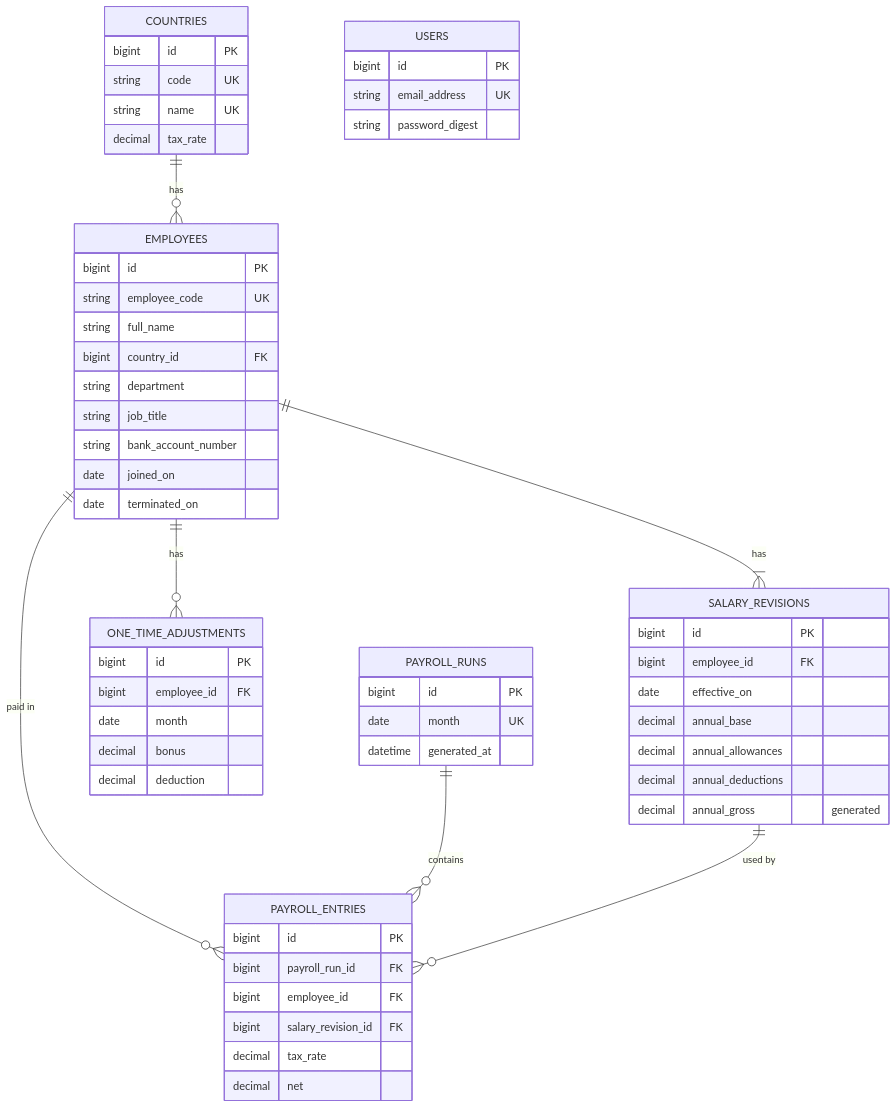
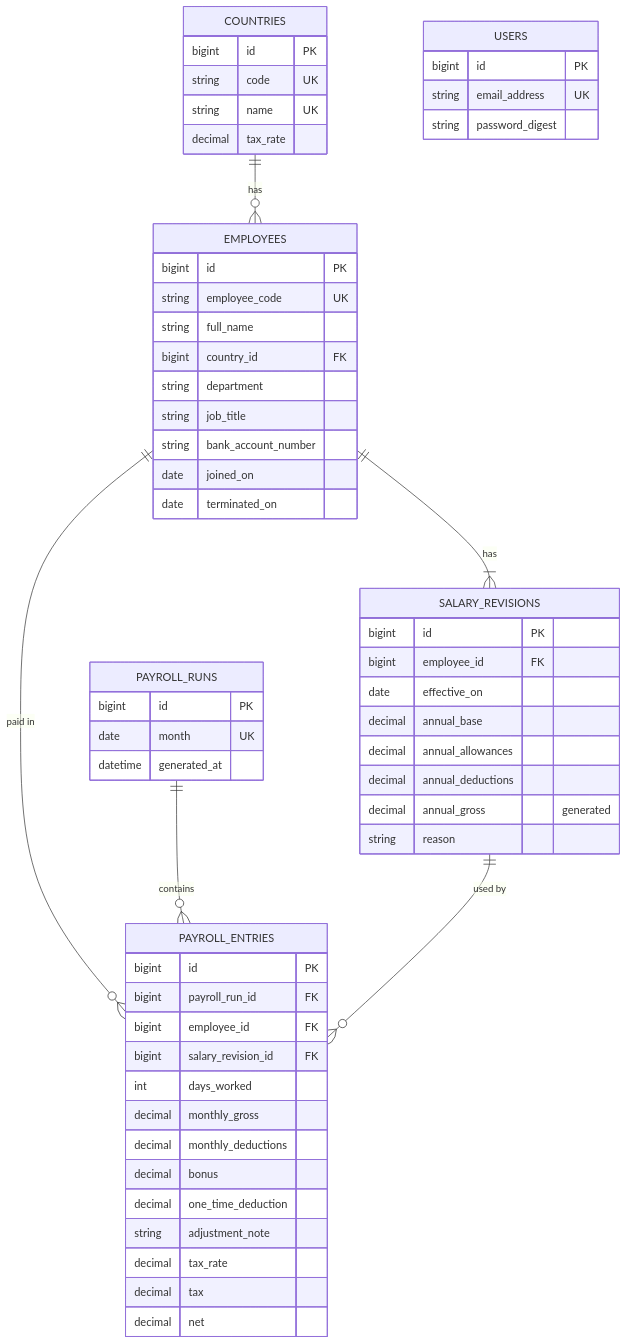
Before and after one commit to mitkush/salary-management: the second of 2 diagrams in docs/architecture.md, drawn with Mermaid. The commit also changed other lines of this file, not shown here.

Commit message:
docs: update architecture for payroll entries and revision reason

````diff
--- a/docs/architecture.md
+++ b/docs/architecture.md
@@ -25,61 +25,61 @@
 ```mermaid
 erDiagram
   COUNTRIES ||--o{ EMPLOYEES : "has"
   EMPLOYEES ||--|{ SALARY_REVISIONS : "has"
-  EMPLOYEES ||--o{ ONE_TIME_ADJUSTMENTS : "has"
   EMPLOYEES ||--o{ PAYROLL_ENTRIES : "paid in"
   PAYROLL_RUNS ||--o{ PAYROLL_ENTRIES : "contains"
   SALARY_REVISIONS ||--o{ PAYROLL_ENTRIES : "used by"
 
   USERS {
     bigint id PK
     string email_address UK
     string password_digest
   }
   COUNTRIES {
     bigint id PK
     string code UK
     string name UK
     decimal tax_rate
   }
   EMPLOYEES {
     bigint id PK
     string employee_code UK
     string full_name
     bigint country_id FK
     string department
     string job_title
     string bank_account_number
     date joined_on
     date terminated_on
   }
   SALARY_REVISIONS {
     bigint id PK
     bigint employee_id FK
     date effective_on
     decimal annual_base
     decimal annual_allowances
     decimal annual_deductions
     decimal annual_gross "generated"
-  }
-  ONE_TIME_ADJUSTMENTS {
-    bigint id PK
-    bigint employee_id FK
-    date month
-    decimal bonus
-    decimal deduction
+    string reason
   }
   PAYROLL_RUNS {
     bigint id PK
     date month UK
     datetime generated_at
   }
   PAYROLL_ENTRIES {
     bigint id PK
     bigint payroll_run_id FK
     bigint employee_id FK
     bigint salary_revision_id FK
+    int days_worked
+    decimal monthly_gross
+    decimal monthly_deductions
+    decimal bonus
+    decimal one_time_deduction
+    string adjustment_note
     decimal tax_rate
+    decimal tax
     decimal net
   }
 ```
````
